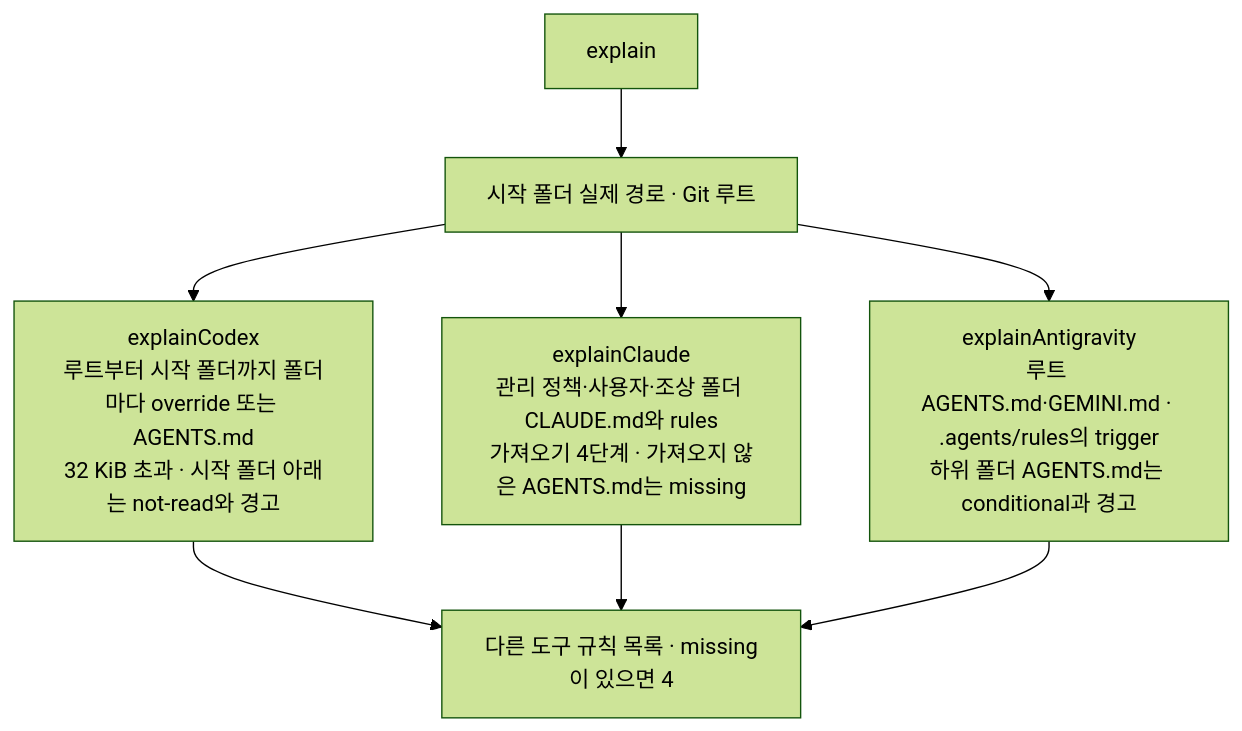
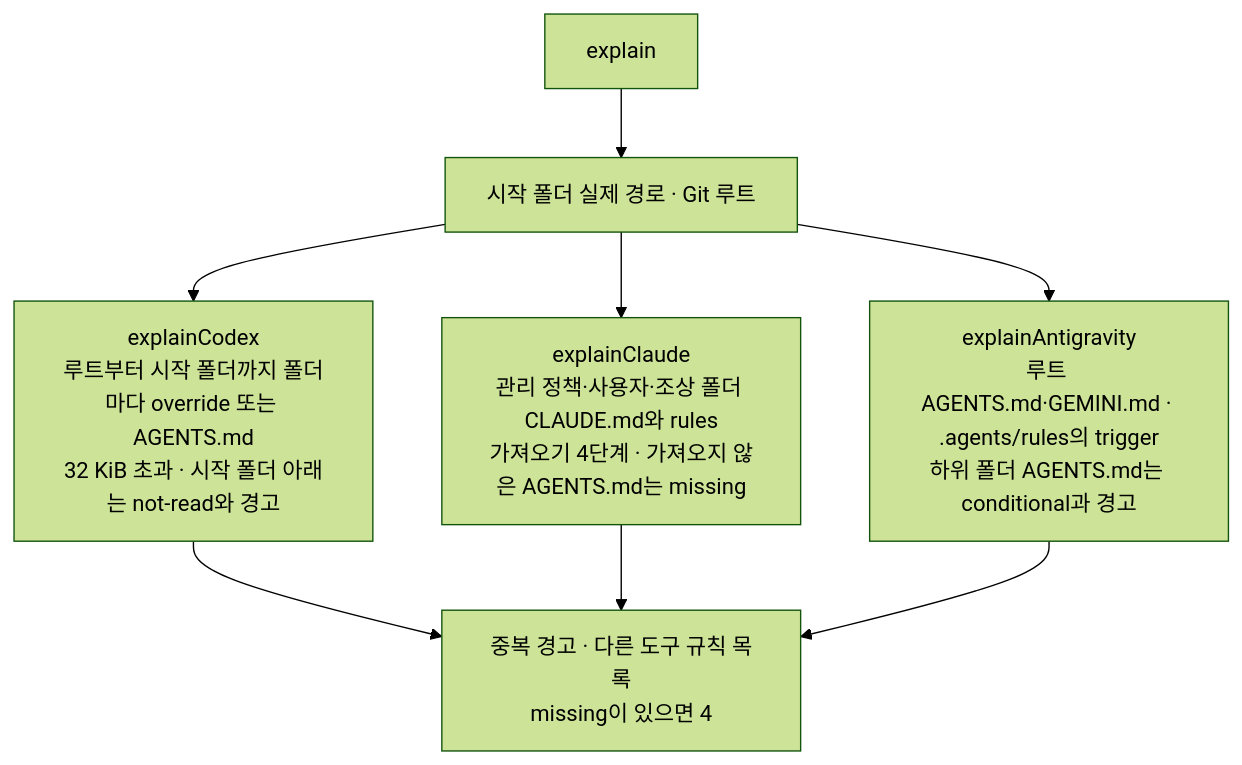
Diagram 14 of 16 in docs/architecture/implementation-mechanics.md (IsthisLee/agent-context-manager), drawn with Mermaid (forest theme) before and after one commit. The commit also changed other lines of this file and 26 other files, not shown here.

````diff
--- a/docs/architecture/implementation-mechanics.md
+++ b/docs/architecture/implementation-mechanics.md
@@ -741,10 +748,10 @@
 ```mermaid
 flowchart TD
   S["explain <path>"] --> R["시작 폴더 실제 경로 · Git 루트"]
   R --> C["explainCodex<br/>루트부터 시작 폴더까지 폴더마다 override 또는 AGENTS.md<br/>32 KiB 초과 · 시작 폴더 아래는 not-read와 경고"]
   R --> L["explainClaude<br/>관리 정책·사용자·조상 폴더 CLAUDE.md와 rules<br/>가져오기 4단계 · 가져오지 않은 AGENTS.md는 missing"]
   R --> A["explainAntigravity<br/>루트 AGENTS.md·GEMINI.md · .agents/rules의 trigger<br/>하위 폴더 AGENTS.md는 conditional과 경고"]
-  C --> U["다른 도구 규칙 목록 · missing이 있으면 4"]
+  C --> U["중복 경고 · 다른 도구 규칙 목록<br/>missing이 있으면 4"]
   L --> U
   A --> U
 ```
````
